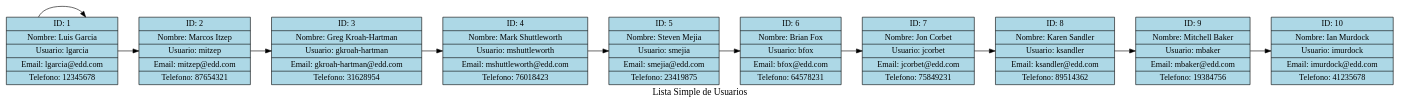
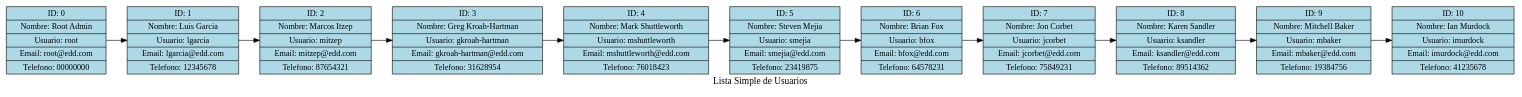
The diagram in Fase1/src/Root-Reportes/usuarios.dot (JoseArt777/-EDD-1S2025_202100305), drawn with Graphviz before and after one commit. The commit also changed 9 other files, not shown here.

```diff
--- a/Fase1/src/Root-Reportes/usuarios.dot
+++ b/Fase1/src/Root-Reportes/usuarios.dot
@@ -1,27 +1,27 @@
 digraph G {
     rankdir=LR;
     node [shape=record, style=filled, fillcolor=lightblue];
     label="Lista Simple de Usuarios";
     fontsize=16;
-    user1 [label="ID: 1|Nombre: Root Admin|Usuario: root|Email: root@edd.com|Telefono: 00000000"];
-    user1 -> user1;
+    user0 [label="ID: 0|Nombre: Root Admin|Usuario: root|Email: root@edd.com|Telefono: 00000000"];
+    user0 -> user1;
     user1 [label="ID: 1|Nombre: Luis Garcia|Usuario: lgarcia|Email: lgarcia@edd.com|Telefono: 12345678"];
     user1 -> user2;
     user2 [label="ID: 2|Nombre: Marcos Itzep|Usuario: mitzep|Email: mitzep@edd.com|Telefono: 87654321"];
     user2 -> user3;
     user3 [label="ID: 3|Nombre: Greg Kroah-Hartman|Usuario: gkroah-hartman|Email: gkroah-hartman@edd.com|Telefono: 31628954"];
     user3 -> user4;
     user4 [label="ID: 4|Nombre: Mark Shuttleworth|Usuario: mshuttleworth|Email: mshuttleworth@edd.com|Telefono: 76018423"];
     user4 -> user5;
     user5 [label="ID: 5|Nombre: Steven Mejia|Usuario: smejia|Email: smejia@edd.com|Telefono: 23419875"];
     user5 -> user6;
     user6 [label="ID: 6|Nombre: Brian Fox|Usuario: bfox|Email: bfox@edd.com|Telefono: 64578231"];
     user6 -> user7;
     user7 [label="ID: 7|Nombre: Jon Corbet|Usuario: jcorbet|Email: jcorbet@edd.com|Telefono: 75849231"];
     user7 -> user8;
     user8 [label="ID: 8|Nombre: Karen Sandler|Usuario: ksandler|Email: ksandler@edd.com|Telefono: 89514362"];
     user8 -> user9;
     user9 [label="ID: 9|Nombre: Mitchell Baker|Usuario: mbaker|Email: mbaker@edd.com|Telefono: 19384756"];
     user9 -> user10;
     user10 [label="ID: 10|Nombre: Ian Murdock|Usuario: imurdock|Email: imurdock@edd.com|Telefono: 41235678"];
 }
```
